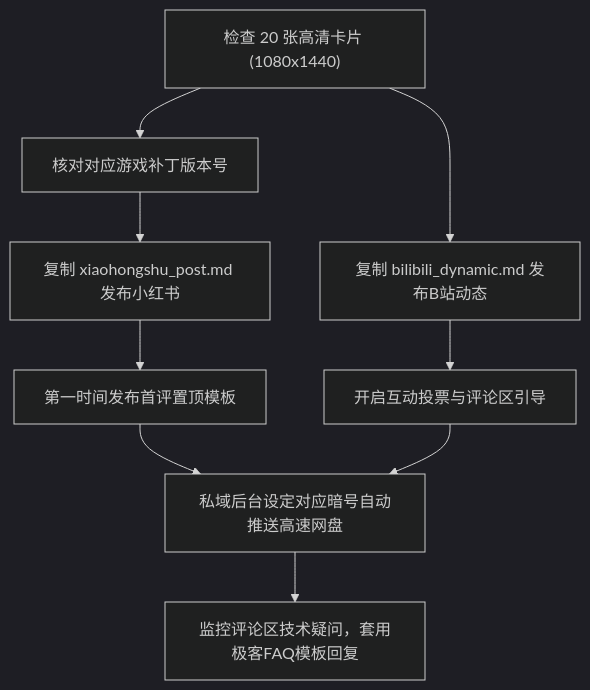
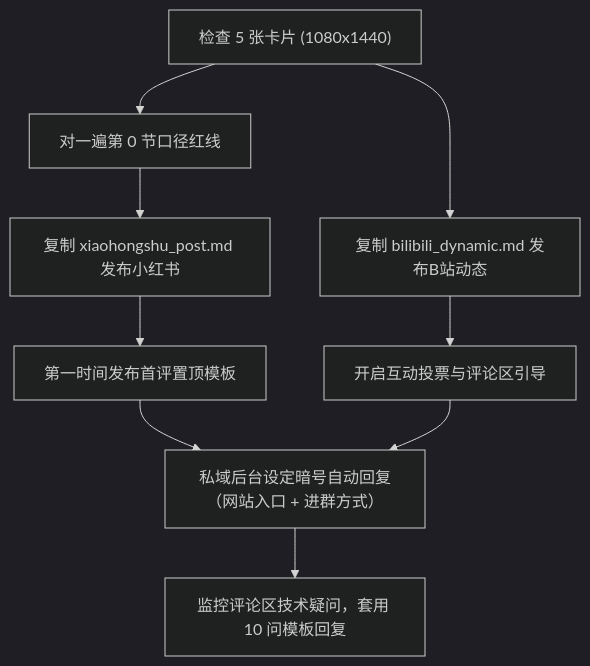
The diagram in public/social_distribution/OPERATION_PLAYBOOK.md (xxxxlu/l-mod-portal), drawn with Mermaid (dark theme) before and after one commit. The commit also changed other lines of this file and 112 other files, not shown here.

````diff
--- a/public/social_distribution/OPERATION_PLAYBOOK.md
+++ b/public/social_distribution/OPERATION_PLAYBOOK.md
@@ -132,11 +149,11 @@
 ```mermaid
 flowchart TD
-    A["检查 20 张高清卡片 (1080x1440)"] --> B["核对对应游戏补丁版本号"]
+    A["检查 5 张卡片 (1080x1440)"] --> B["对一遍第 0 节口径红线"]
     B --> C["复制 xiaohongshu_post.md 发布小红书"]
     C --> D["第一时间发布首评置顶模板"]
     A --> E["复制 bilibili_dynamic.md 发布B站动态"]
     E --> F["开启互动投票与评论区引导"]
-    D --> G["私域后台设定对应暗号自动推送高速网盘"]
+    D --> G["私域后台设定暗号自动回复（网站入口 + 进群方式）"]
     F --> G
-    G --> H["监控评论区技术疑问，套用极客FAQ模板回复"]
+    G --> H["监控评论区技术疑问，套用 10 问模板回复"]
 ```
````
